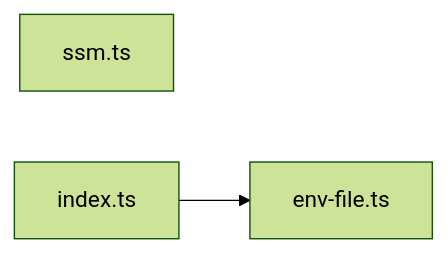
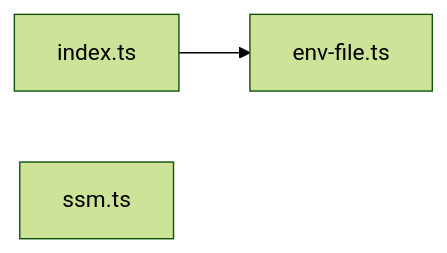
One commit to wrenautomation/wren changed the diagram in map/generated/imports/@wren+config.md. Above: the diagram before and after it, drawn with Mermaid (forest theme). The commit also changed other lines of this file and 96 other files, not shown here.

````diff
--- a/map/generated/imports/@wren+config.md
+++ b/map/generated/imports/@wren+config.md
@@ -13,7 +13,7 @@
 ```mermaid
 flowchart LR
+  nenv_file_ts["env-file.ts"]
+  nindex_ts["index.ts"]
   nssm_ts["ssm.ts"]
-  nindex_ts["index.ts"]
-  nenv_file_ts["env-file.ts"]
   nindex_ts --> nenv_file_ts
 ```
````
